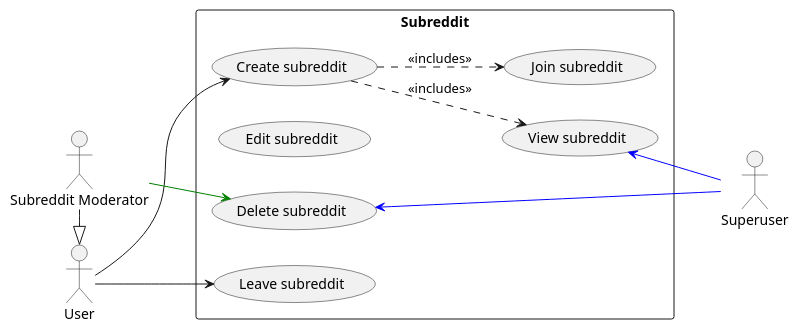
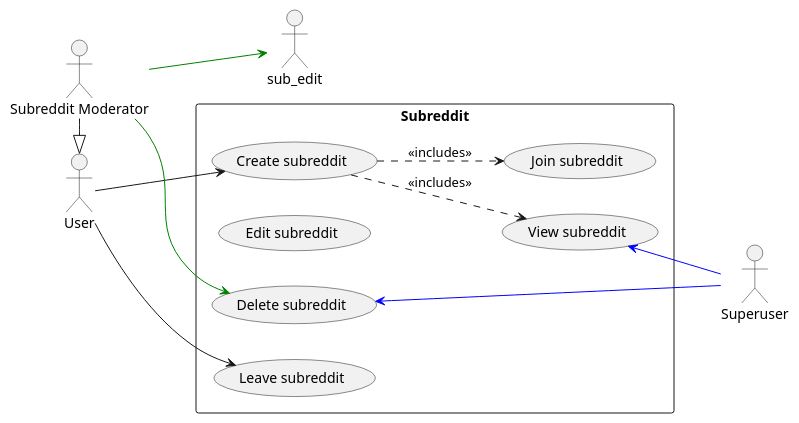
Before and after one commit to Huy-Ngo/reddit-design: the diagram in use_case_subreddit.puml, drawn with PlantUML. The commit also changed 1 other file, not shown here.

Commit message:
Add edit to mod

```diff
--- a/use_case_subreddit.puml
+++ b/use_case_subreddit.puml
@@ -1,30 +1,31 @@
 @startuml
 skinparam packageStyle rectangle
 left to right direction
 actor "User" as user
 actor "Subreddit Moderator" as mod
 actor "Superuser" as su
 mod -|> user
 
 rectangle Subreddit as sub {
   usecase "Create subreddit" as sub_create
   usecase "View subreddit" as sub_read
   usecase "Edit subreddit" as sub_update
   usecase "Delete subreddit" as sub_delete
 
   usecase "Join subreddit" as sub_join
   usecase "Leave subreddit" as sub_leave
 }
 
 user --> sub_create
 user --> sub_leave
 
 mod -[#green]-> sub_delete
+mod -[#green]-> sub_edit
 
 sub_read    <-[#blue]- su
 sub_delete  <-[#blue]- su
 
 sub_create ..> sub_read : <<includes>>
 sub_create ..> sub_join : <<includes>>
 
 @enduml
```
